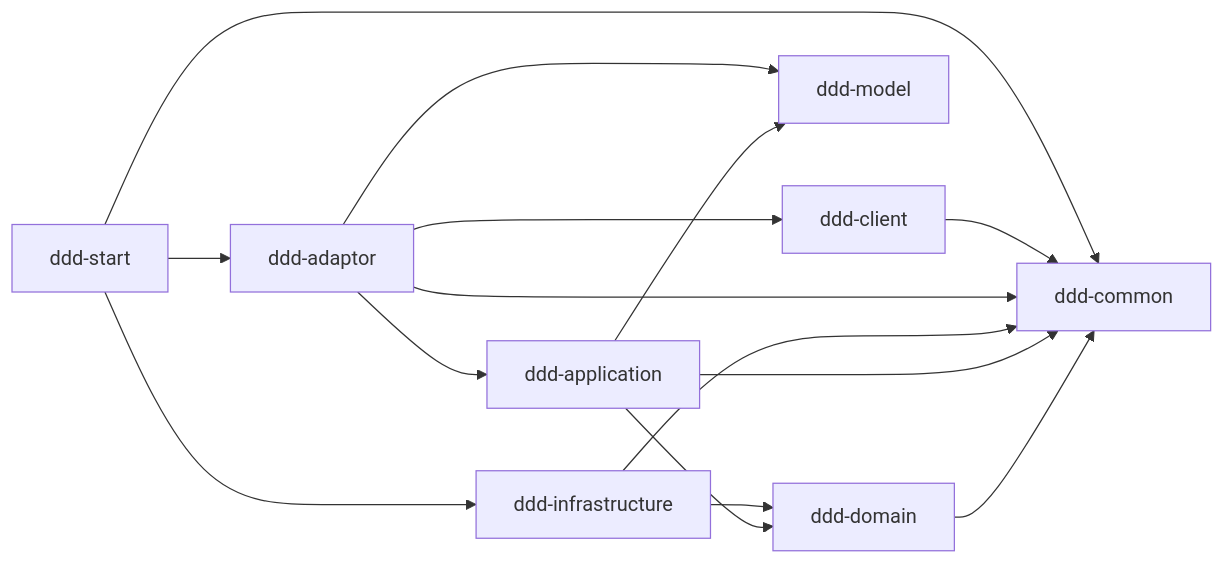
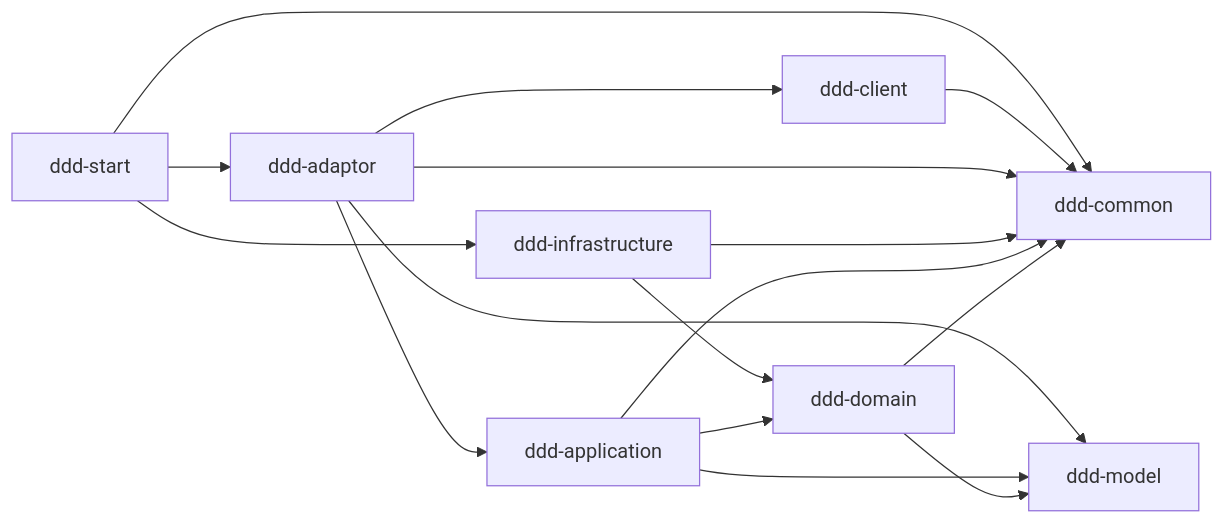
Before and after one commit to tcmonkey/ddd: the first of 2 diagrams in AI/output/04 技术方案.md, drawn with Mermaid. The commit also changed other lines of this file and 35 other files, not shown here.

````diff
--- a/AI/output/04 技术方案.md
+++ b/AI/output/04 技术方案.md
@@ -81,17 +82,18 @@
 ```mermaid
 flowchart LR
     START[ddd-start] --> ADAPTOR[ddd-adaptor]
     START --> INFRA[ddd-infrastructure]
     START --> COMMON[ddd-common]
     ADAPTOR --> CLIENT[ddd-client]
     CLIENT --> COMMON
     ADAPTOR --> APP[ddd-application]
     ADAPTOR --> MODEL[ddd-model]
     ADAPTOR --> COMMON
     INFRA --> DOMAIN[ddd-domain]
     INFRA --> COMMON
     APP --> DOMAIN
     APP --> MODEL
     APP --> COMMON
     DOMAIN --> COMMON
+    DOMAIN --> MODEL
 ```
````
